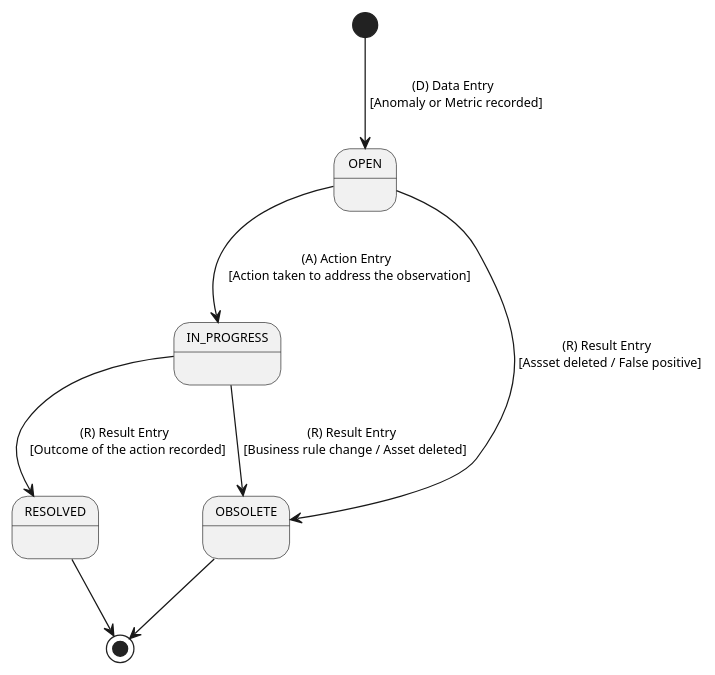
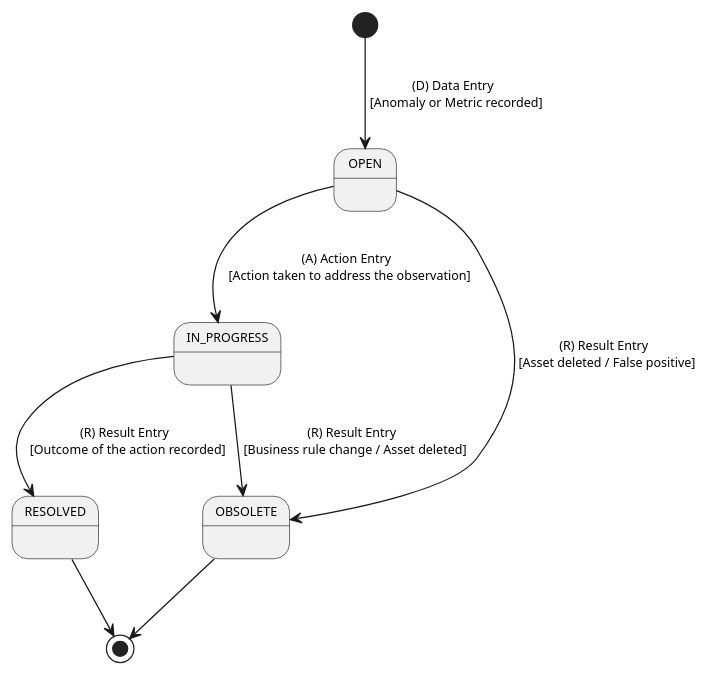
The diagram in uml/tdar_state.puml (xFufly/tdar-lineage), drawn with PlantUML before and after one commit. The commit also changed 6 other files, not shown here.

```diff
--- a/uml/tdar_state.puml
+++ b/uml/tdar_state.puml
@@ -1,21 +1,21 @@
 @startuml tdar_state
 
 skinparam monochrome true
 skinparam shadowing false
 skinparam defaultFontName "Arial"
 skinparam defaultFontSize 10
 
 state OPEN
 state IN_PROGRESS
 state RESOLVED
 state OBSOLETE
 
 [*] --> OPEN : (D) Data Entry \n [Anomaly or Metric recorded]
 OPEN --> IN_PROGRESS : (A) Action Entry \n [Action taken to address the observation]
-OPEN --> OBSOLETE : (R) Result Entry \n [Assset deleted / False positive]
+OPEN --> OBSOLETE : (R) Result Entry \n [Asset deleted / False positive]
 IN_PROGRESS --> RESOLVED : (R) Result Entry \n [Outcome of the action recorded]
 IN_PROGRESS --> OBSOLETE : (R) Result Entry \n [Business rule change / Asset deleted]
 RESOLVED --> [*]
 OBSOLETE --> [*]
 
 @enduml
```
